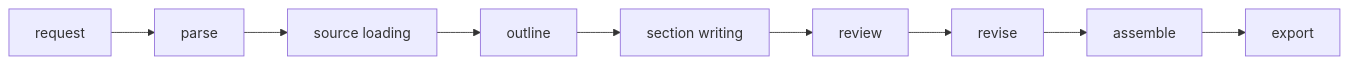
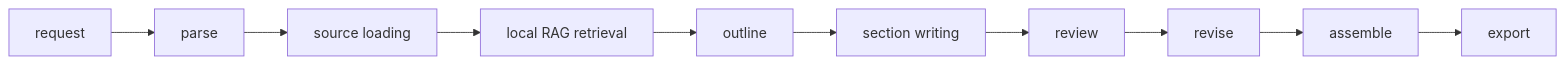
Before and after one commit to Aijiuaihai/LongTextAgent: the diagram in README.md, drawn with Mermaid. The commit also changed other lines of this file and 5 other files, not shown here.

````diff
--- a/README.md
+++ b/README.md
@@ -14,11 +14,12 @@
 ```mermaid
 flowchart LR
     request["request"] --> parse["parse"]
     parse --> source["source loading"]
-    source --> outline["outline"]
+    source --> rag["local RAG retrieval"]
+    rag --> outline["outline"]
     outline --> writing["section writing"]
     writing --> review["review"]
     review --> revise["revise"]
     revise --> assemble["assemble"]
     assemble --> export["export"]
 ```
````
